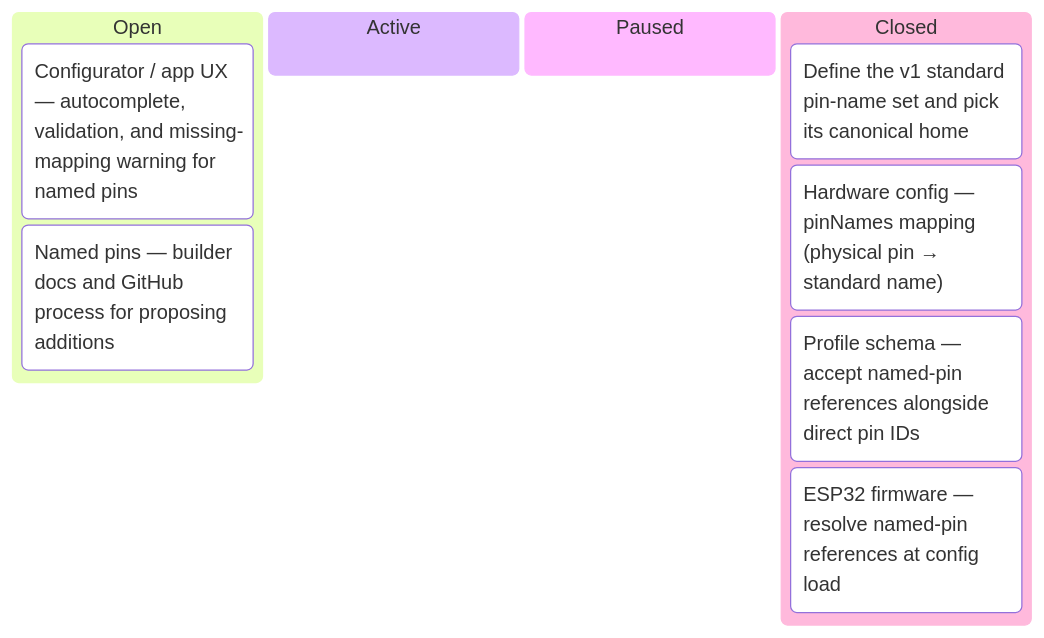
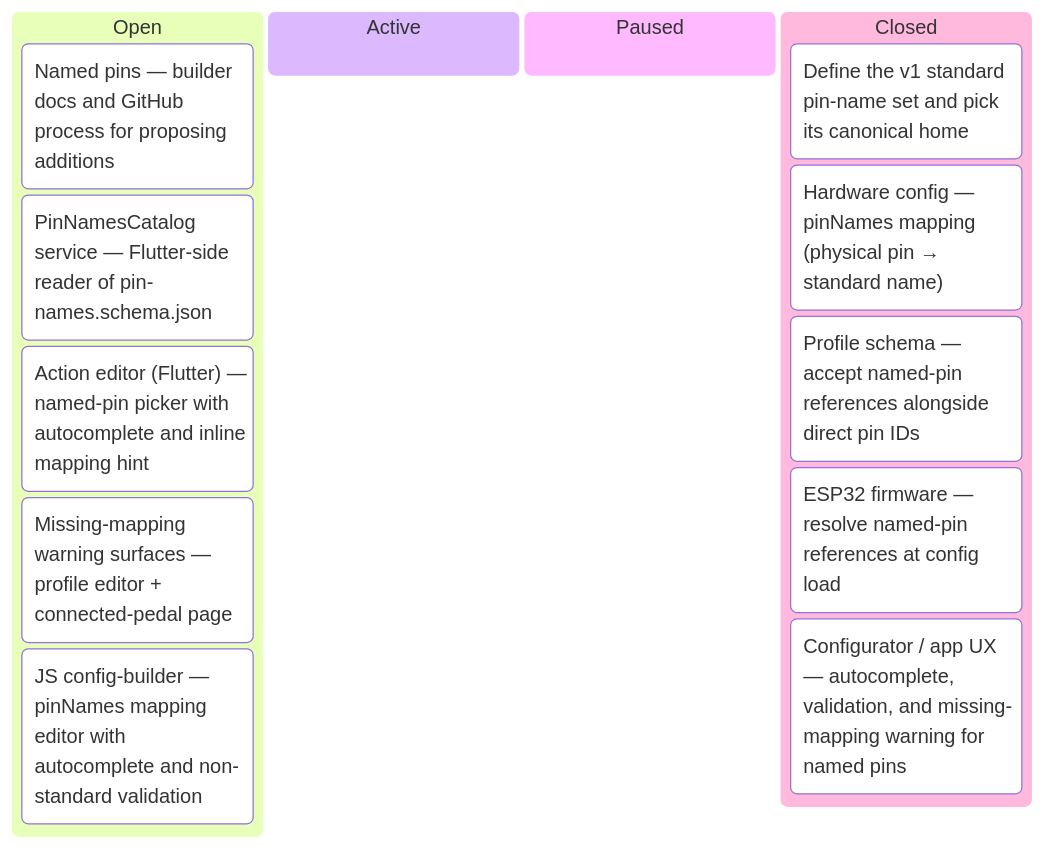
One commit to tgd1975/AwesomeGuitarPedal changed the fourth of 9 diagrams in docs/developers/tasks/KANBAN.md. Above: the diagram before and after it, drawn with Mermaid. The commit also changed other lines of this file and 7 other files, not shown here.

````diff
--- a/docs/developers/tasks/KANBAN.md
+++ b/docs/developers/tasks/KANBAN.md
@@ -52,13 +52,17 @@
 ```mermaid
 kanban
   Open
-    TASK_381["Configurator / app UX — autocomplete, validation, and missing-mapping warning for named pins"]
     TASK_382["Named pins — builder docs and GitHub process for proposing additions"]
+    TASK_389["PinNamesCatalog service — Flutter-side reader of pin-names.schema.json"]
+    TASK_390["Action editor (Flutter) — named-pin picker with autocomplete and inline mapping hint"]
+    TASK_391["Missing-mapping warning surfaces — profile editor + connected-pedal page"]
+    TASK_392["JS config-builder — pinNames mapping editor with autocomplete and non-standard validation"]
   Active
   Paused
   Closed
     TASK_377["Define the v1 standard pin-name set and pick its canonical home"]
     TASK_378["Hardware config — pinNames mapping (physical pin → standard name)"]
     TASK_379["Profile schema — accept named-pin references alongside direct pin IDs"]
     TASK_380["ESP32 firmware — resolve named-pin references at config load"]
+    TASK_381["Configurator / app UX — autocomplete, validation, and missing-mapping warning for named pins"]
 ```
````
